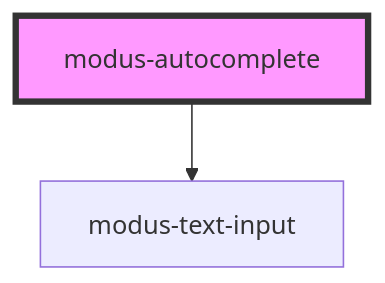
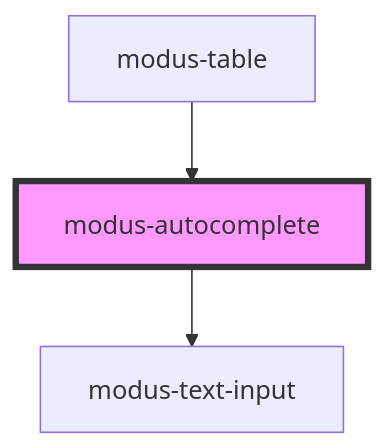
One commit to trimble-oss/modus-web-components changed the diagram in stencil-workspace/src/components/modus-autocomplete/readme.md. Above: the diagram before and after it, drawn with Mermaid. The commit also changed other lines of this file and 15 other files, not shown here.

````diff
--- a/stencil-workspace/src/components/modus-autocomplete/readme.md
+++ b/stencil-workspace/src/components/modus-autocomplete/readme.md
@@ -46,5 +50,6 @@
 ```mermaid
 graph TD;
   modus-autocomplete --> modus-text-input
+  modus-table --> modus-autocomplete
   style modus-autocomplete fill:#f9f,stroke:#333,stroke-width:4px
 ```
````
